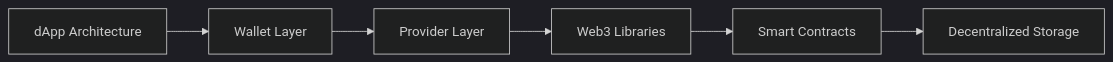
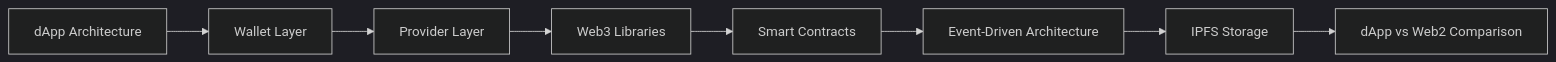
One commit to Raushan666java/ai-engineering-journey changed the first of 4 diagrams in docs/courses/blockchain/07-dapps.md. Above: the diagram before and after it, drawn with Mermaid (dark theme). The commit also changed other lines of this file and 62 other files, not shown here.

````diff
--- a/docs/courses/blockchain/07-dapps.md
+++ b/docs/courses/blockchain/07-dapps.md
@@ -27,8 +31,10 @@
 ```mermaid
 flowchart LR
     A[dApp Architecture] --> B[Wallet Layer]
     B --> C[Provider Layer]
     C --> D[Web3 Libraries]
     D --> E[Smart Contracts]
-    E --> F[Decentralized Storage]
+    E --> F[Event-Driven Architecture]
+    F --> G[IPFS Storage]
+    G --> H[dApp vs Web2 Comparison]
 ```
````
